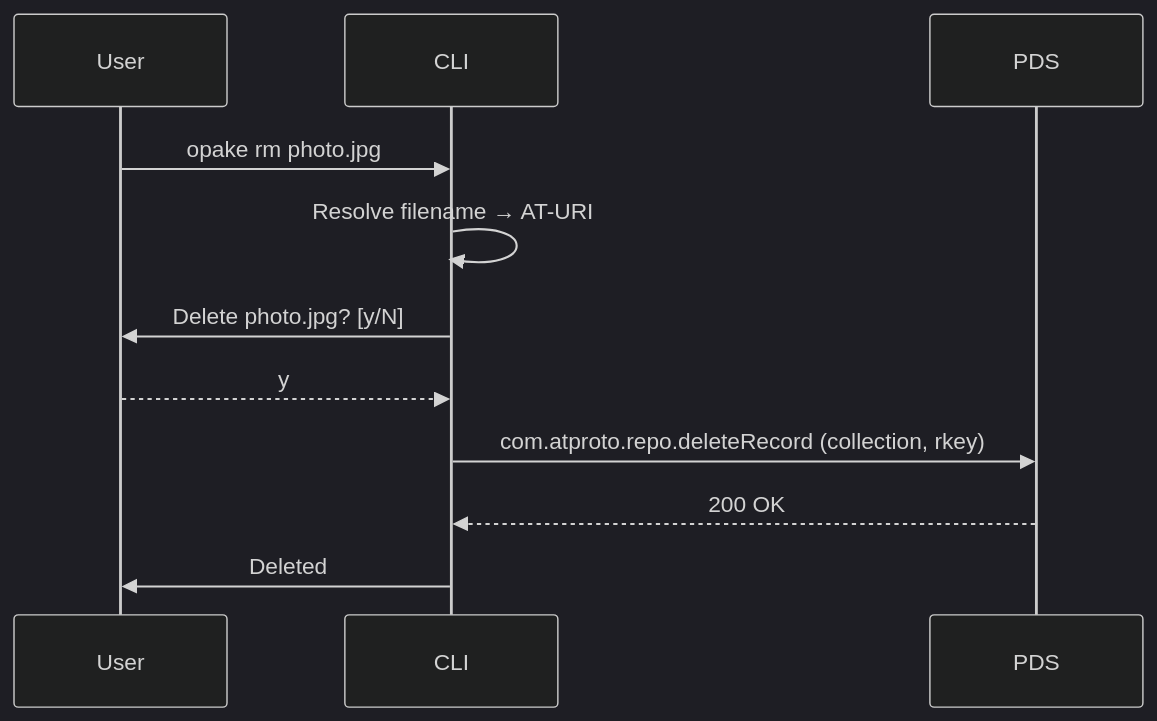
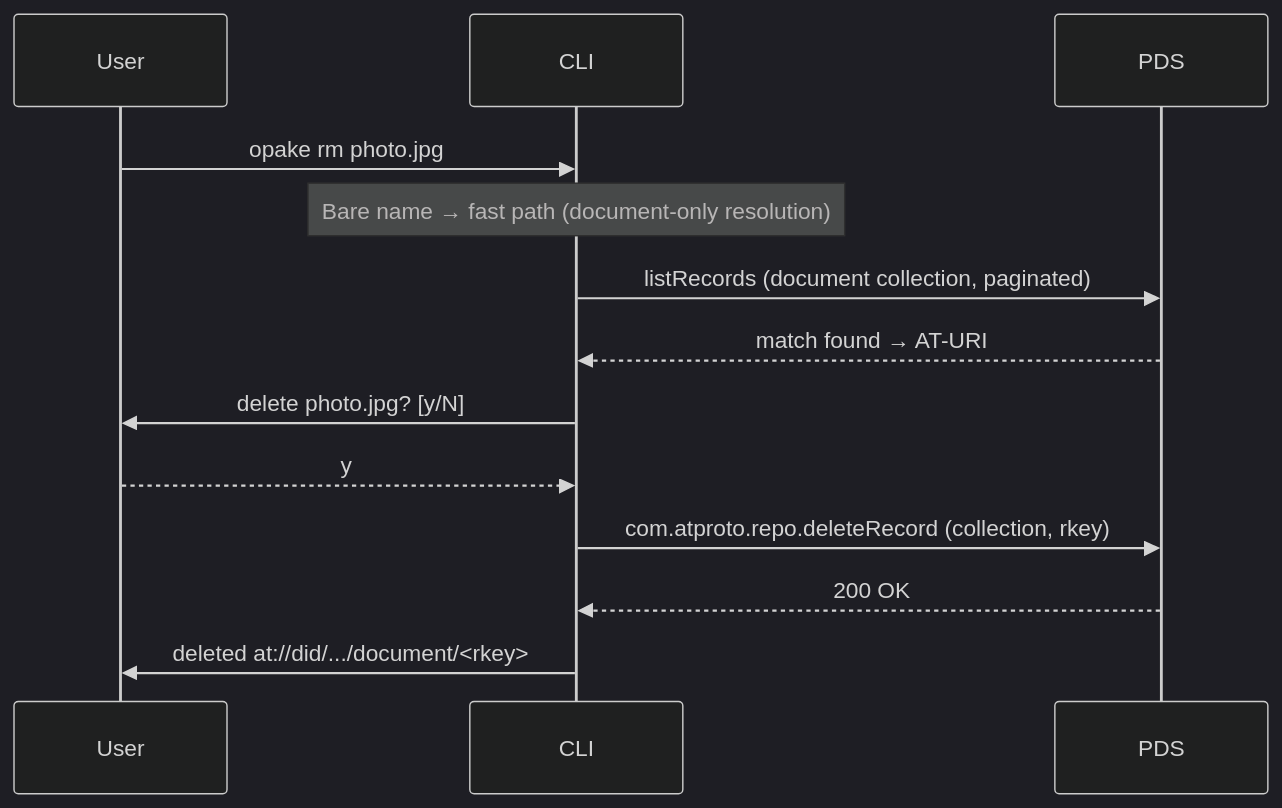
Before and after one commit to Sans-Self/Opake: the fifth of 5 diagrams in docs/flows/documents.md, drawn with Mermaid (dark theme). The commit also changed other lines of this file and 12 other files, not shown here.

````diff
--- a/docs/flows/documents.md
+++ b/docs/flows/documents.md
@@ -132,17 +134,20 @@
 ```mermaid
 sequenceDiagram
     participant User
     participant CLI
     participant PDS
 
     User->>CLI: opake rm photo.jpg
 
-    CLI->>CLI: Resolve filename → AT-URI
-    CLI->>User: Delete photo.jpg? [y/N]
+    Note over CLI: Bare name → fast path (document-only resolution)
+    CLI->>PDS: listRecords (document collection, paginated)
+    PDS-->>CLI: match found → AT-URI
+
+    CLI->>User: delete photo.jpg? [y/N]
     User-->>CLI: y
 
     CLI->>PDS: com.atproto.repo.deleteRecord (collection, rkey)
     PDS-->>CLI: 200 OK
 
-    CLI->>User: Deleted
+    CLI->>User: deleted at://did/.../document/<rkey>
 ```
````
